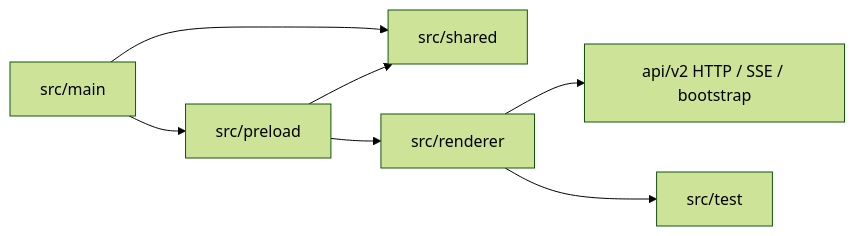
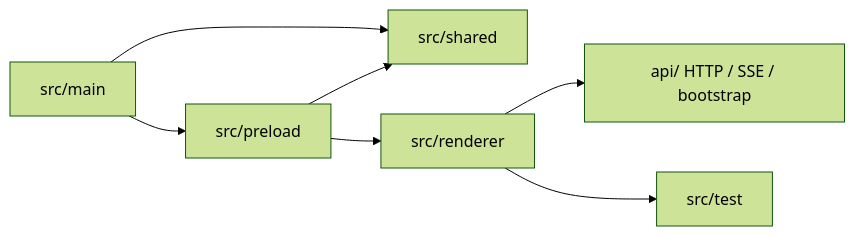
The diagram in frontend/SPEC.md (neavo/LinguaGacha), drawn with Mermaid (forest theme) before and after one commit. The commit also changed other lines of this file and 237 other files, not shown here.

````diff
--- a/frontend/SPEC.md
+++ b/frontend/SPEC.md
@@ -13,9 +13,9 @@
 ```mermaid
 flowchart LR
     A["src/main"] --> B["src/preload"]
     A --> C["src/shared"]
     B --> C
     B --> D["src/renderer"]
-    D --> E["api/v2 HTTP / SSE / bootstrap"]
+    D --> E["api/ HTTP / SSE / bootstrap"]
     D --> F["src/test"]
 ```
````
